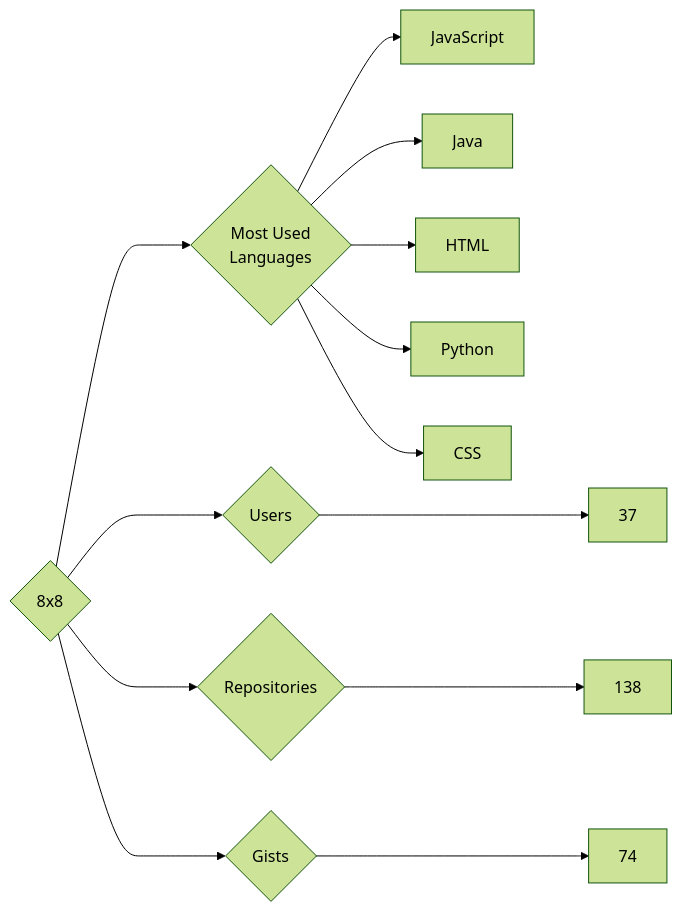
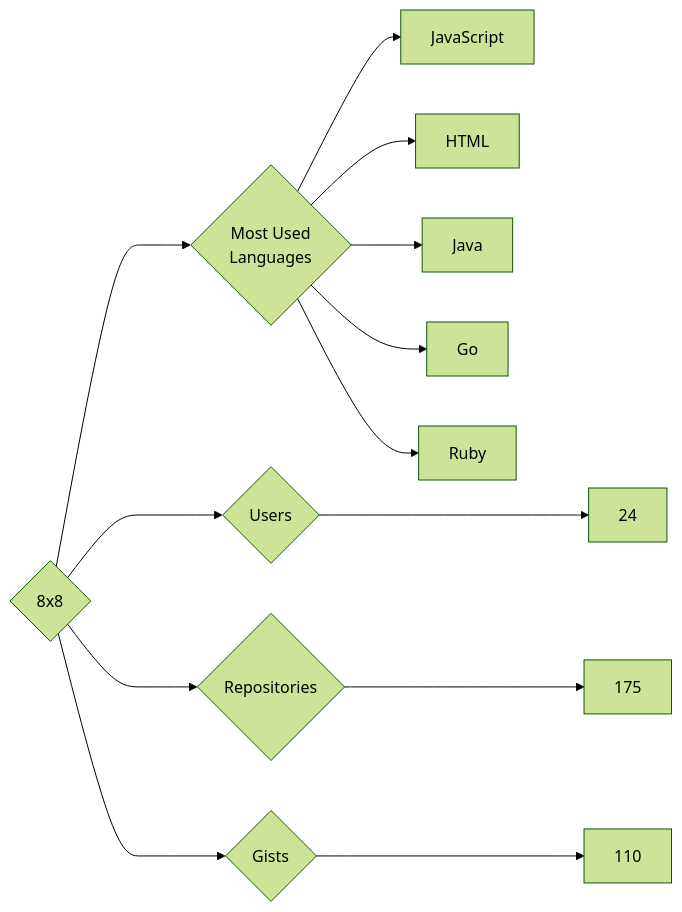
Before and after one commit to trickest/insiders: the diagram in targets/8x8/README.md, drawn with Mermaid (forest theme). The commit also changed 681 other files, not shown here.

````diff
--- a/targets/8x8/README.md
+++ b/targets/8x8/README.md
@@ -3,13 +3,13 @@
 ```mermaid
 graph LR
 COMPANY_NAME{8x8}
-COMPANY_NAME ---> U{Users} ---> UN[37]
-COMPANY_NAME ---> R{Repositories} ---> RN[138]
-COMPANY_NAME ---> G{Gists} ---> GN[74]
+COMPANY_NAME ---> U{Users} ---> UN[24]
+COMPANY_NAME ---> R{Repositories} ---> RN[175]
+COMPANY_NAME ---> G{Gists} ---> GN[110]
 COMPANY_NAME ---> ML{Most Used<br>Languages}
 ML --> JavaScript[JavaScript]
+ML --> HTML[HTML]
 ML --> Java[Java]
-ML --> HTML[HTML]
-ML --> Python[Python]
-ML --> CSS[CSS]
+ML --> Go[Go]
+ML --> Ruby[Ruby]
 ```
````
